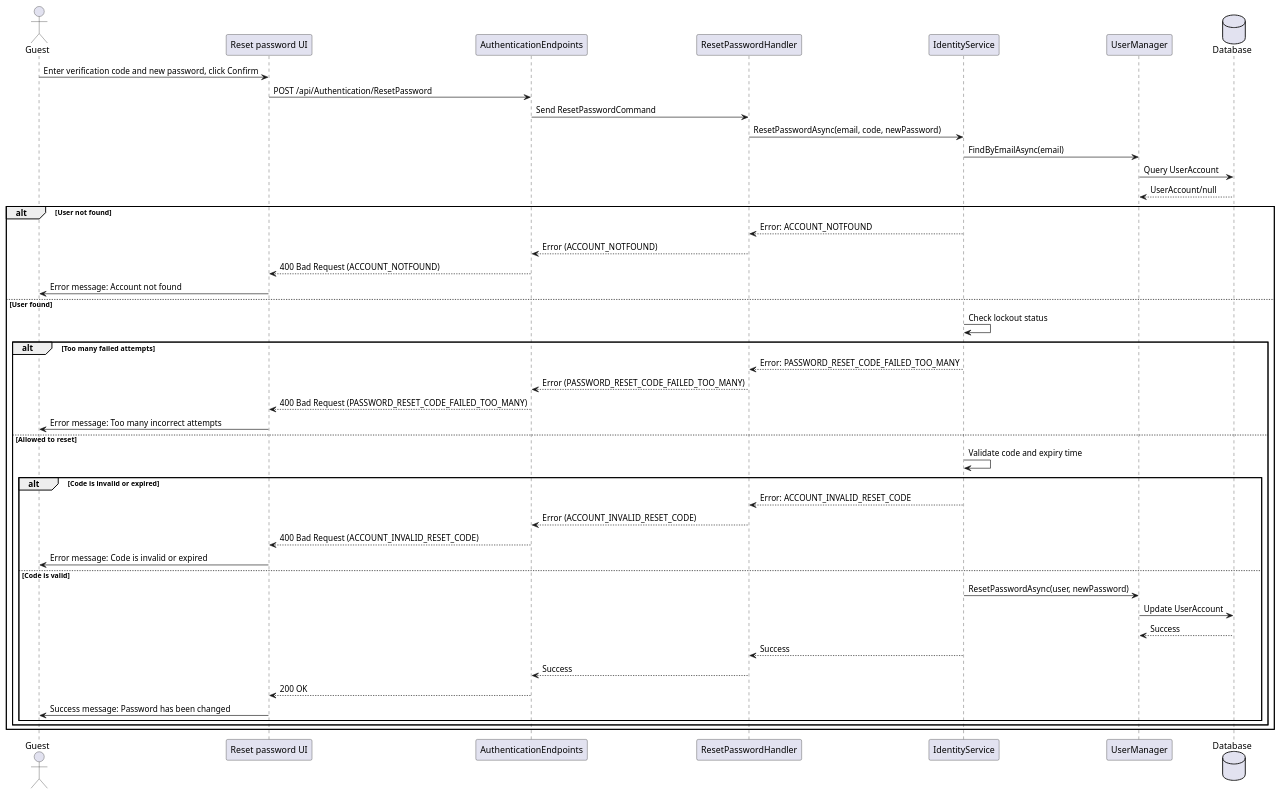
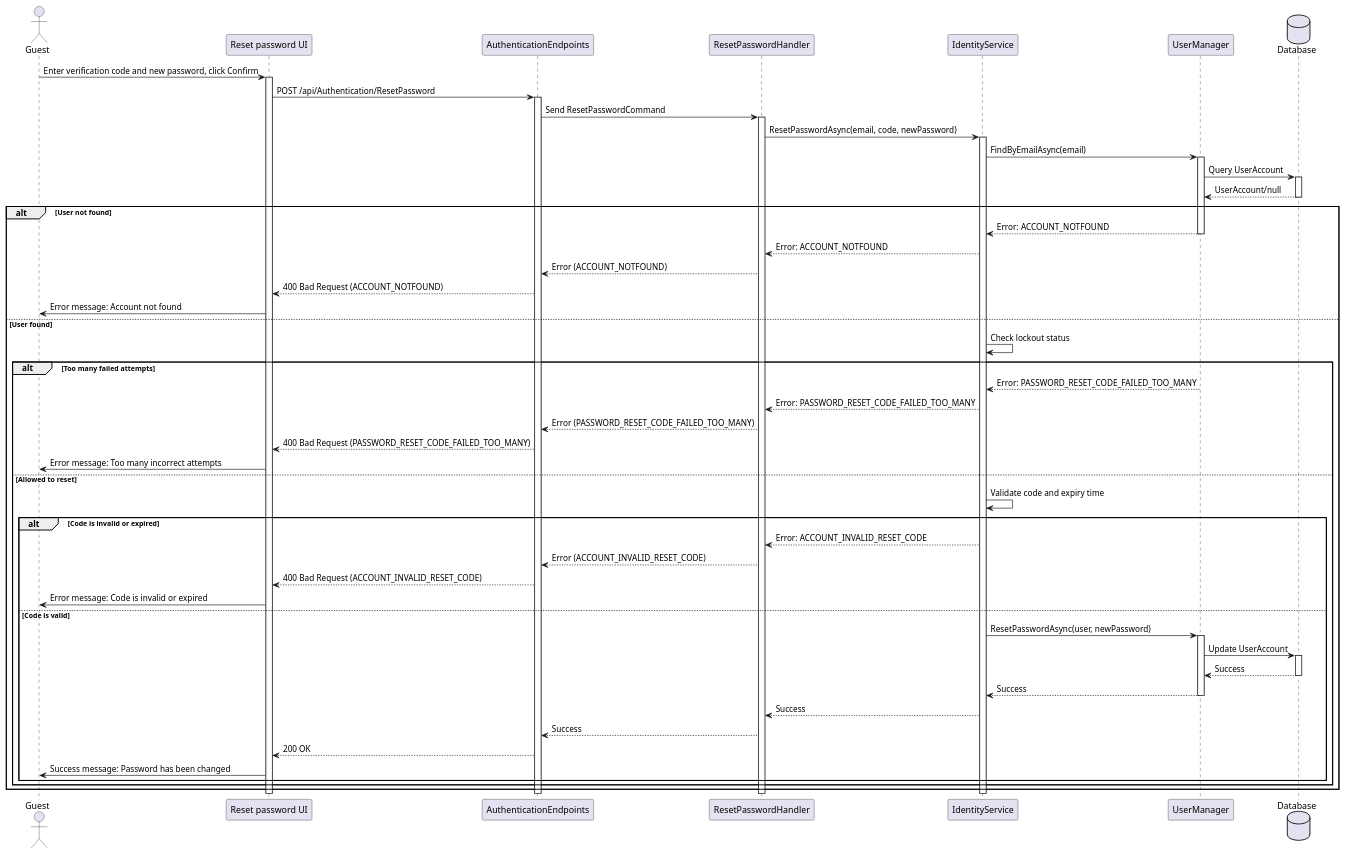
The diagram in authentication/sequence/09_ResetPassword.puml (thanhkhac/SEP_Diagram), drawn with PlantUML before and after one commit. The commit also changed 4 other files, not shown here.

Commit message:
Add activation and deactivation steps to sequence diagrams

```diff
--- a/authentication/sequence/09_ResetPassword.puml
+++ b/authentication/sequence/09_ResetPassword.puml
@@ -1,48 +1,67 @@
 @startuml
 actor Guest as User
 participant "Reset password UI" as UI
 participant AuthenticationEndpoints
 participant ResetPasswordHandler
 participant IdentityService
 participant UserManager
 Database Database
 
 User -> UI : Enter verification code and new password, click Confirm
+activate UI
 UI -> AuthenticationEndpoints : POST /api/Authentication/ResetPassword
+activate AuthenticationEndpoints
 AuthenticationEndpoints -> ResetPasswordHandler : Send ResetPasswordCommand
+activate ResetPasswordHandler
 ResetPasswordHandler -> IdentityService : ResetPasswordAsync(email, code, newPassword)
+activate IdentityService
 IdentityService -> UserManager : FindByEmailAsync(email)
+activate UserManager
 UserManager -> Database : Query UserAccount
+activate Database
 Database --> UserManager : UserAccount/null
-
+deactivate Database
 alt User not found
+    UserManager --> IdentityService : Error: ACCOUNT_NOTFOUND
+    deactivate UserManager
     IdentityService --> ResetPasswordHandler : Error: ACCOUNT_NOTFOUND
     ResetPasswordHandler --> AuthenticationEndpoints : Error (ACCOUNT_NOTFOUND)
     AuthenticationEndpoints --> UI : 400 Bad Request (ACCOUNT_NOTFOUND)
     UI -> User : Error message: Account not found
 else User found
     IdentityService -> IdentityService : Check lockout status
     alt Too many failed attempts
+        UserManager --> IdentityService : Error: PASSWORD_RESET_CODE_FAILED_TOO_MANY
+        deactivate UserManager
         IdentityService --> ResetPasswordHandler : Error: PASSWORD_RESET_CODE_FAILED_TOO_MANY
         ResetPasswordHandler --> AuthenticationEndpoints : Error (PASSWORD_RESET_CODE_FAILED_TOO_MANY)
         AuthenticationEndpoints --> UI : 400 Bad Request (PASSWORD_RESET_CODE_FAILED_TOO_MANY)
         UI -> User : Error message: Too many incorrect attempts
     else Allowed to reset
         IdentityService -> IdentityService : Validate code and expiry time
         alt Code is invalid or expired
             IdentityService --> ResetPasswordHandler : Error: ACCOUNT_INVALID_RESET_CODE
             ResetPasswordHandler --> AuthenticationEndpoints : Error (ACCOUNT_INVALID_RESET_CODE)
             AuthenticationEndpoints --> UI : 400 Bad Request (ACCOUNT_INVALID_RESET_CODE)
             UI -> User : Error message: Code is invalid or expired
         else Code is valid
             IdentityService -> UserManager : ResetPasswordAsync(user, newPassword)
+            activate UserManager
             UserManager -> Database : Update UserAccount
+            activate Database
             Database --> UserManager : Success
+            deactivate Database
+            UserManager --> IdentityService : Success
+            deactivate UserManager
             IdentityService --> ResetPasswordHandler : Success
             ResetPasswordHandler --> AuthenticationEndpoints : Success
             AuthenticationEndpoints --> UI : 200 OK
             UI -> User : Success message: Password has been changed
         end
     end
 end
+deactivate IdentityService
+deactivate ResetPasswordHandler
+deactivate AuthenticationEndpoints
+deactivate UI
 @enduml
```
